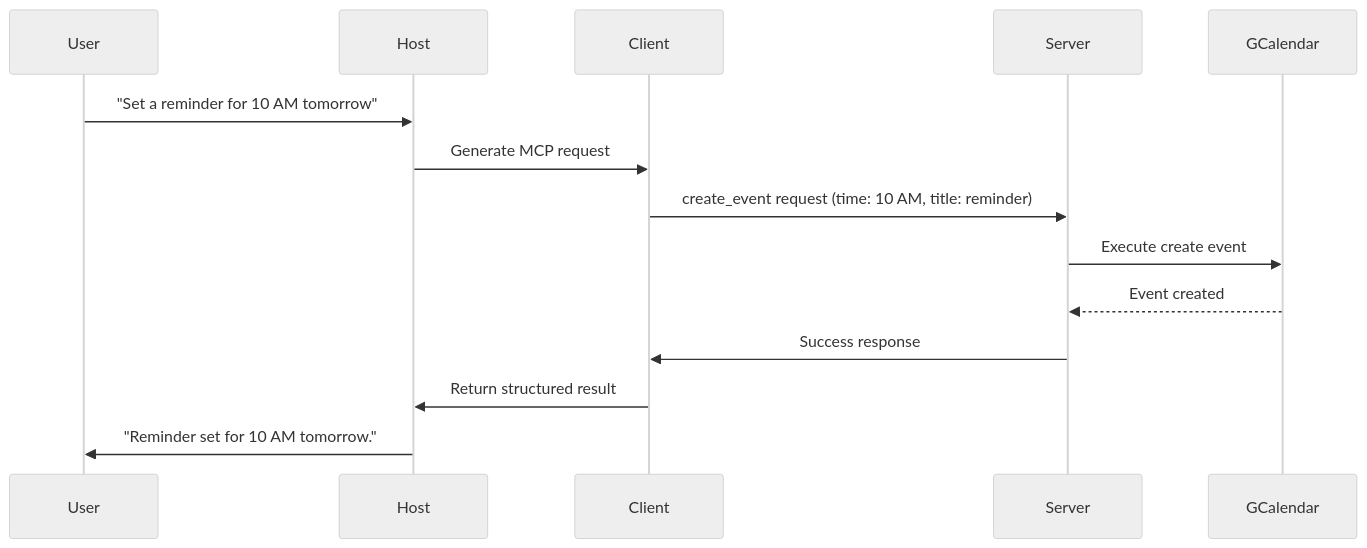
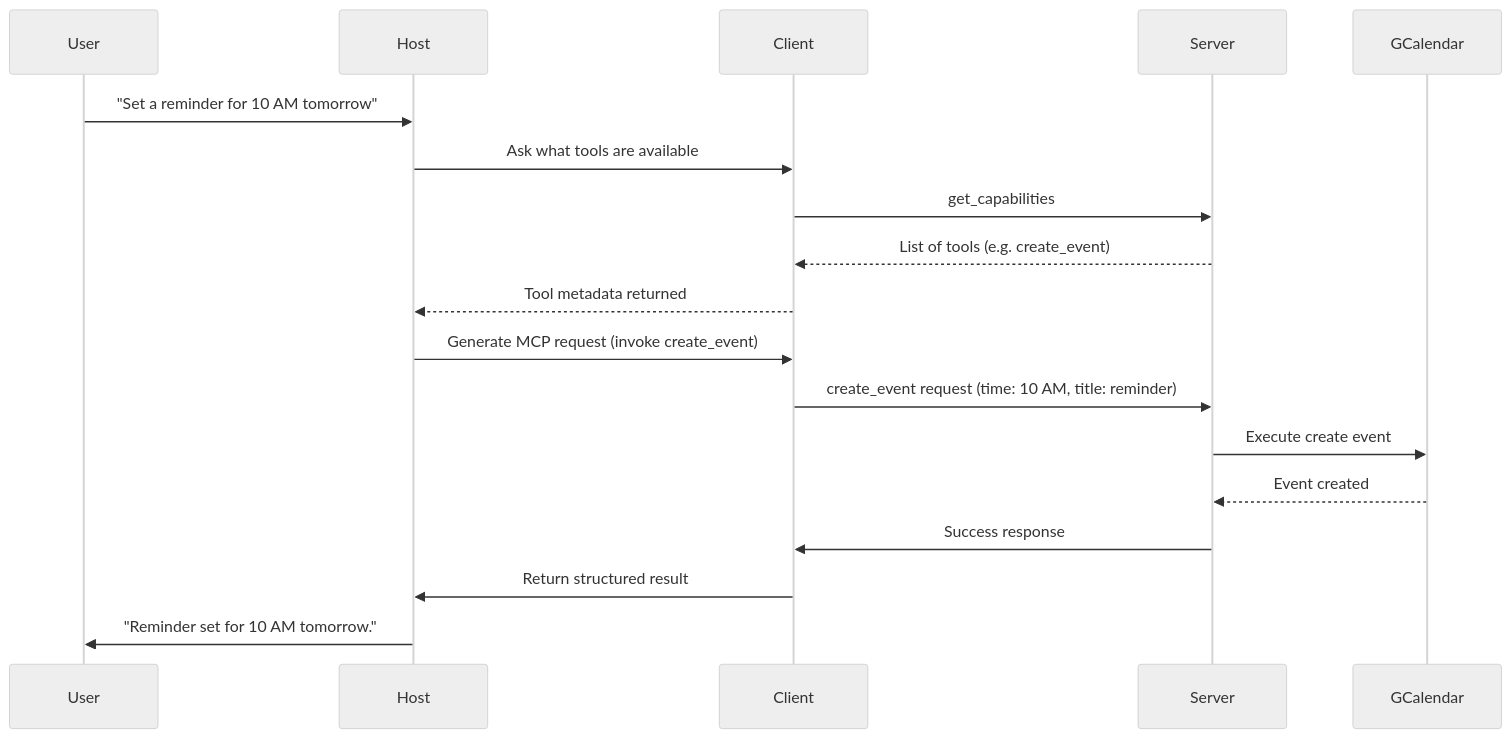
One commit to bicep/ol-demo changed the fourth of 4 diagrams in docs/mcp-presentation.md. Above: the diagram before and after it, drawn with Mermaid (neutral theme). The commit also changed other lines of this file and 4 other files, not shown here.

```diff
--- a/docs/mcp-presentation.md
+++ b/docs/mcp-presentation.md
@@ -120,16 +120,20 @@
 <div class="mermaid">
 sequenceDiagram
     participant User
     participant Host
     participant Client
     participant Server
     participant GCalendar
     User->>Host: "Set a reminder for 10 AM tomorrow"
-    Host->>Client: Generate MCP request
+    Host->>Client: Ask what tools are available
+    Client->>Server: get_capabilities
+    Server-->>Client: List of tools (e.g. create_event)
+    Client-->>Host: Tool metadata returned
+    Host->>Client: Generate MCP request (invoke create_event)
     Client->>Server: create_event request (time: 10 AM, title: reminder)
     Server->>GCalendar: Execute create event
     GCalendar-->>Server: Event created
     Server->>Client: Success response
     Client->>Host: Return structured result
     Host->>User: "Reminder set for 10 AM tomorrow."
 </div>
```
